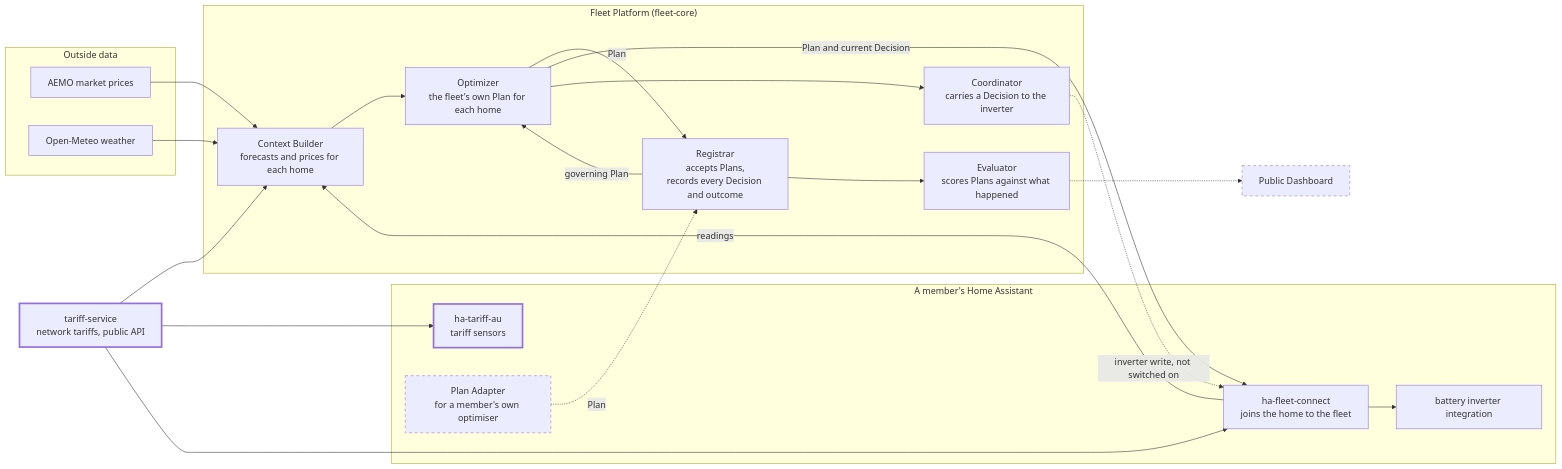
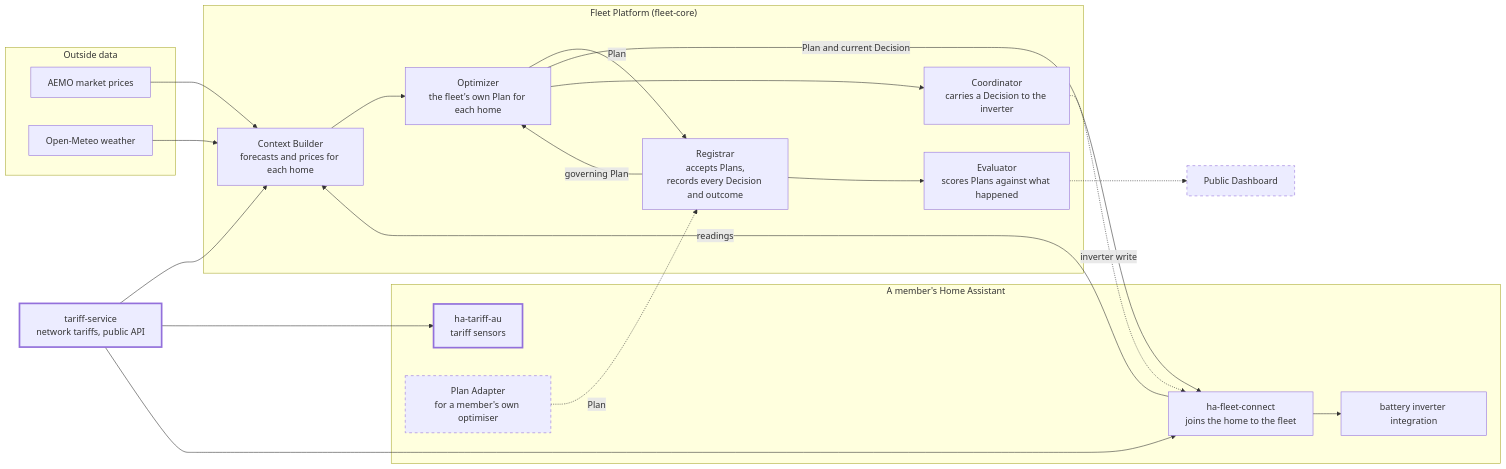
Before and after one commit to Open-Energy-Collective/.github: the diagram in profile/README.md, drawn with Mermaid. The commit also changed other lines of this file, not shown here.

Commit message:
docs: shorter Coordinator line and edge label

````diff
--- a/profile/README.md
+++ b/profile/README.md
@@ -19,41 +19,41 @@
 ```mermaid
 flowchart LR
   subgraph EXT["Outside data"]
     AEMO["AEMO market prices"]
     WX["Open-Meteo weather"]
   end
   TS["tariff-service<br/>network tariffs, public API"]:::pub
   subgraph HOME["A member's Home Assistant"]
     HTA["ha-tariff-au<br/>tariff sensors"]:::pub
     HFC["ha-fleet-connect<br/>joins the home to the fleet"]
     INV["battery inverter integration"]
     AD["Plan Adapter<br/>for a member's own optimiser"]:::planned
   end
   subgraph FP["Fleet Platform (fleet-core)"]
     CB["Context Builder<br/>forecasts and prices for each home"]
     OPT["Optimizer<br/>the fleet's own Plan for each home"]
     CO["Coordinator<br/>carries a Decision to the inverter"]
     REG["Registrar<br/>accepts Plans,<br/>records every Decision and outcome"]
     EV["Evaluator<br/>scores Plans against what happened"]
   end
   PD["Public Dashboard"]:::planned
   AEMO --> CB
   WX --> CB
   TS --> CB
   TS --> HTA
   TS --> HFC
   HFC -- "readings" --> CB
   CB --> OPT
   OPT -- "Plan" --> REG
   AD -. "Plan" .-> REG
   REG -- "governing Plan" --> OPT
   OPT -- "Plan and current Decision" --> HFC
   OPT --> CO
   REG ~~~ CO
-  CO -. "inverter write, not switched on" .-> HFC
+  CO -. "inverter write" .-> HFC
   HFC --> INV
   REG --> EV
   EV -.-> PD
   classDef pub stroke-width:3px
   classDef planned stroke-dasharray:5 5
 ```
````
